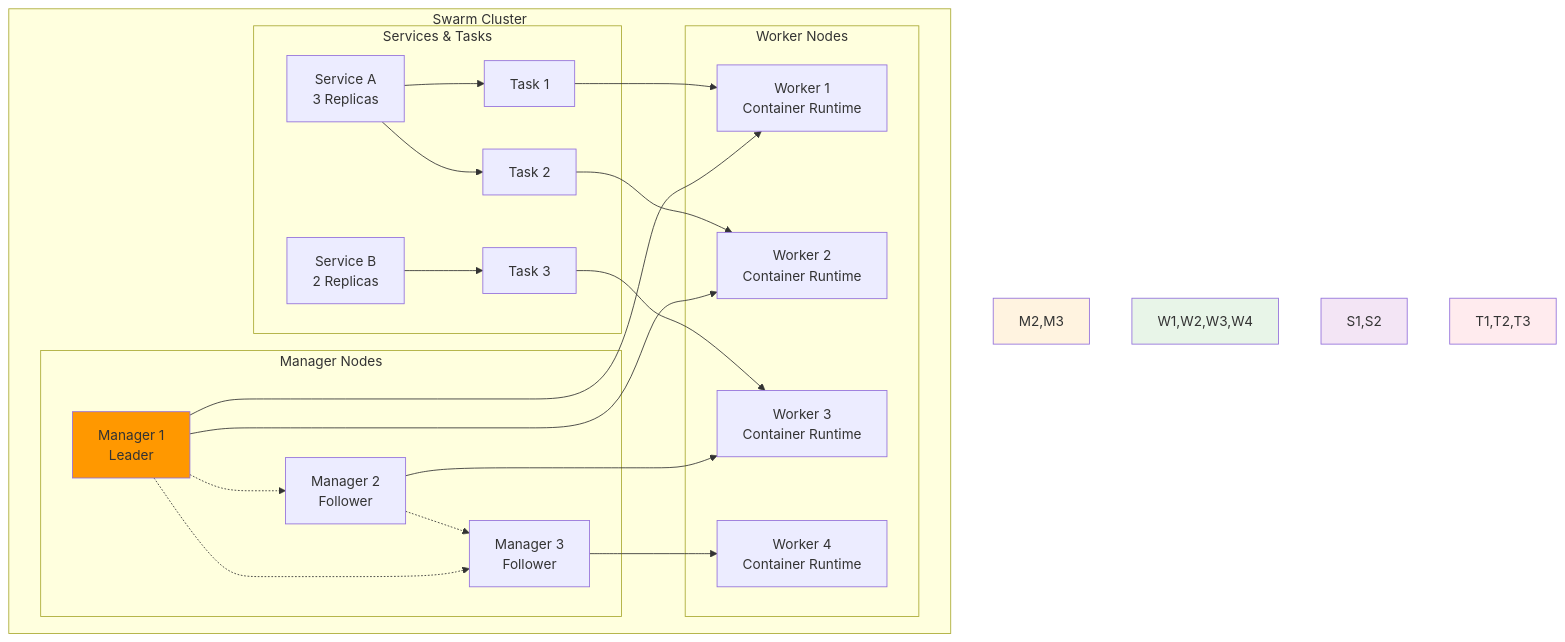
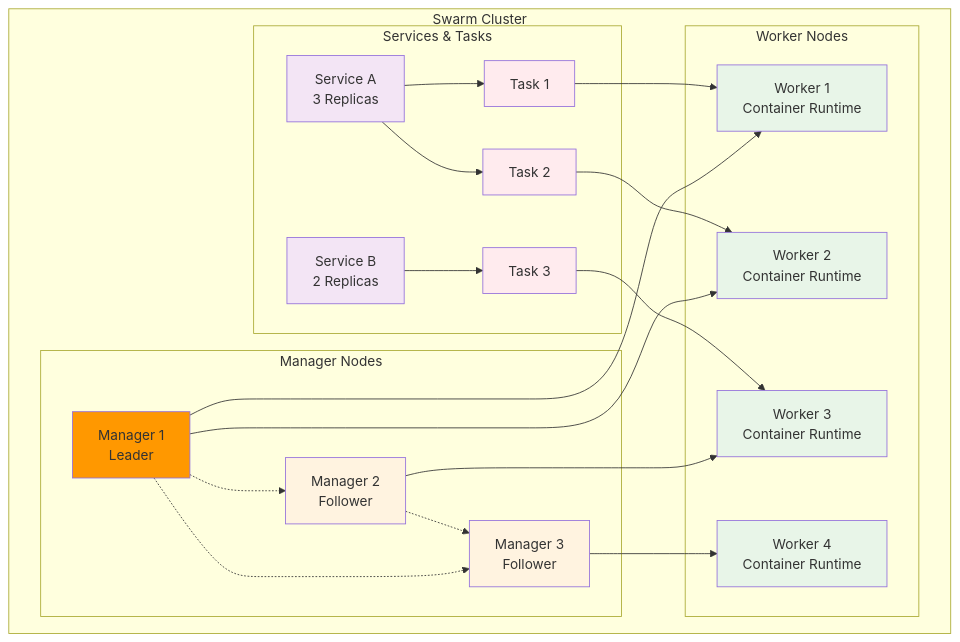
Before and after one commit to niceguy61/kdt_devops_lecture_2025: the second of 4 diagrams in theory/week_02/day3/session_3.md, drawn with Mermaid. The commit also changed other lines of this file and 63 other files, not shown here.

````diff
--- a/theory/week_02/day3/session_3.md
+++ b/theory/week_02/day3/session_3.md
@@ -53,48 +53,55 @@
 ```mermaid
 graph TB
     subgraph "Swarm Cluster"
         subgraph "Manager Nodes"
             M1[Manager 1<br/>Leader]
             M2[Manager 2<br/>Follower]
             M3[Manager 3<br/>Follower]
         end
         
         subgraph "Worker Nodes"
             W1[Worker 1<br/>Container Runtime]
             W2[Worker 2<br/>Container Runtime]
             W3[Worker 3<br/>Container Runtime]
             W4[Worker 4<br/>Container Runtime]
         end
         
         subgraph "Services & Tasks"
             S1[Service A<br/>3 Replicas]
             S2[Service B<br/>2 Replicas]
             T1[Task 1]
             T2[Task 2]
             T3[Task 3]
         end
     end
     
     M1 -.-> M2
     M1 -.-> M3
     M2 -.-> M3
     
     M1 --> W1
     M1 --> W2
     M2 --> W3
     M3 --> W4
     
     S1 --> T1
     S1 --> T2
     S2 --> T3
     
     T1 --> W1
     T2 --> W2
     T3 --> W3
     
     style M1 fill:#ff9800
-    style M2,M3 fill:#fff3e0
-    style W1,W2,W3,W4 fill:#e8f5e8
-    style S1,S2 fill:#f3e5f5
-    style T1,T2,T3 fill:#ffebee
+    style M2 fill:#fff3e0
+    style M3 fill:#fff3e0
+    style W1 fill:#e8f5e8
+    style W2 fill:#e8f5e8
+    style W3 fill:#e8f5e8
+    style W4 fill:#e8f5e8
+    style S1 fill:#f3e5f5
+    style S2 fill:#f3e5f5
+    style T1 fill:#ffebee
+    style T2 fill:#ffebee
+    style T3 fill:#ffebee
 ```
````
